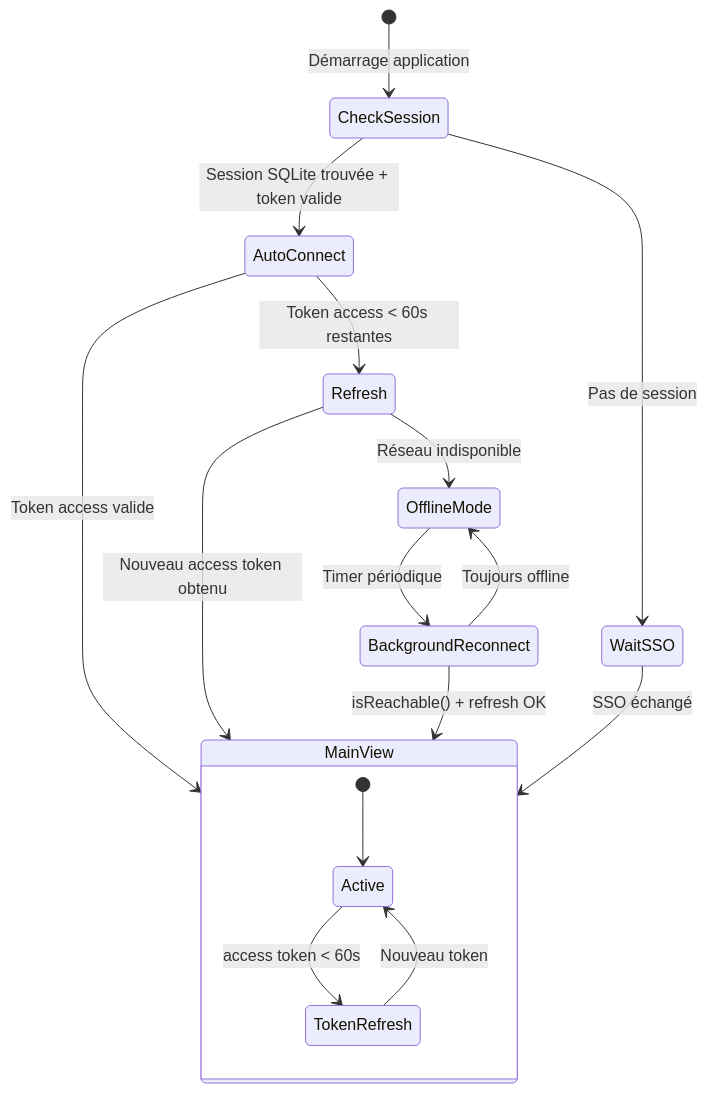
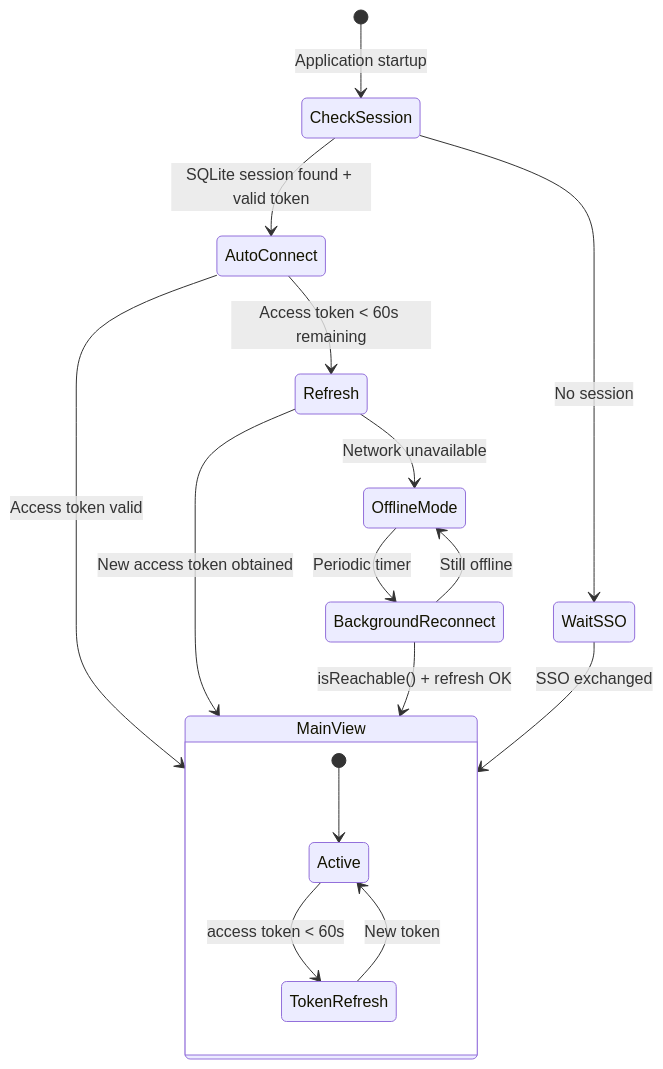
Before and after one commit to creibaud/QuartierConnect: diagram 16 of 21 in docs/ARCHITECTURE.md, drawn with Mermaid. The commit also changed other lines of this file and 155 other files, not shown here.

````diff
--- a/docs/ARCHITECTURE.md
+++ b/docs/ARCHITECTURE.md
@@ -631,25 +633,25 @@
 ```mermaid
 stateDiagram-v2
-    [*] --> CheckSession : Démarrage application
+    [*] --> CheckSession : Application startup
 
-    CheckSession --> AutoConnect : Session SQLite trouvée + token valide
-    CheckSession --> WaitSSO : Pas de session
+    CheckSession --> AutoConnect : SQLite session found + valid token
+    CheckSession --> WaitSSO : No session
 
-    AutoConnect --> Refresh : Token access < 60s restantes
-    AutoConnect --> MainView : Token access valide
+    AutoConnect --> Refresh : Access token < 60s remaining
+    AutoConnect --> MainView : Access token valid
 
-    Refresh --> MainView : Nouveau access token obtenu
-    Refresh --> OfflineMode : Réseau indisponible
+    Refresh --> MainView : New access token obtained
+    Refresh --> OfflineMode : Network unavailable
 
-    OfflineMode --> BackgroundReconnect : Timer périodique
+    OfflineMode --> BackgroundReconnect : Periodic timer
     BackgroundReconnect --> MainView : isReachable() + refresh OK
-    BackgroundReconnect --> OfflineMode : Toujours offline
+    BackgroundReconnect --> OfflineMode : Still offline
 
-    WaitSSO --> MainView : SSO échangé
+    WaitSSO --> MainView : SSO exchanged
 
     state MainView {
         [*] --> Active
         Active --> TokenRefresh : access token < 60s
-        TokenRefresh --> Active : Nouveau token
+        TokenRefresh --> Active : New token
     }
 ```
````
